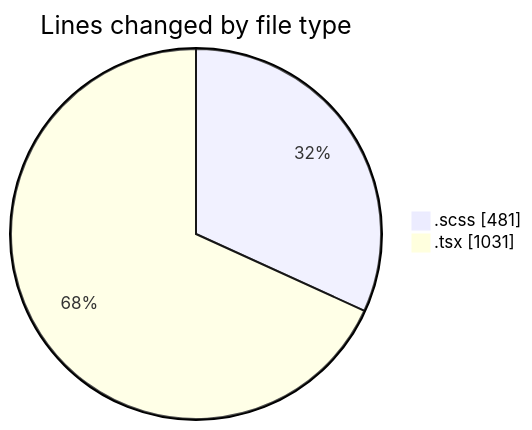
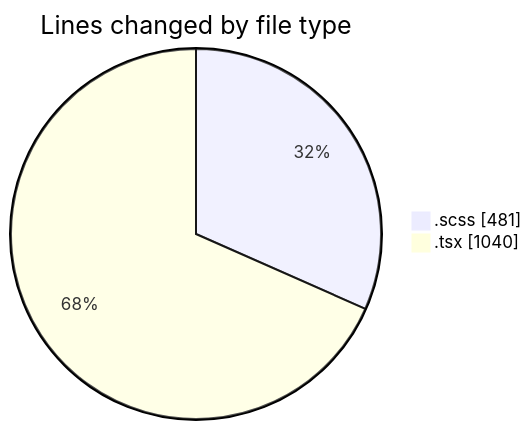
Before and after one commit to momahboobian/code-tracking: the first of 2 diagrams in 2025-03-28/cda/README.md, drawn with Mermaid. The commit also changed other lines of this file and 1 other file, not shown here.

````diff
--- a/2025-03-28/cda/README.md
+++ b/2025-03-28/cda/README.md
@@ -23,6 +23,6 @@
 ```mermaid
 pie showData
 title Lines changed by file type
 ".scss" : 481
-".tsx" : 1031
+".tsx" : 1040
 ```
````
